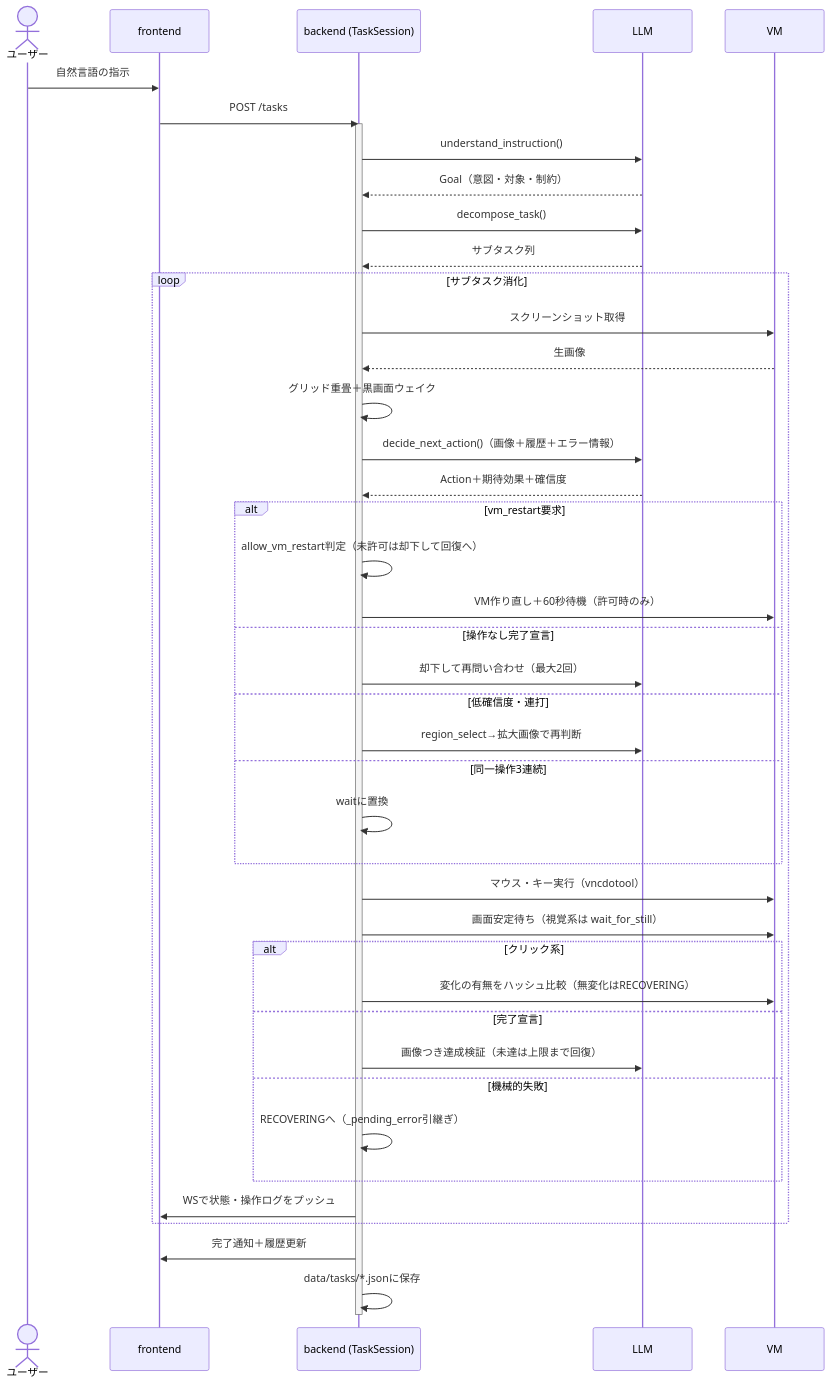
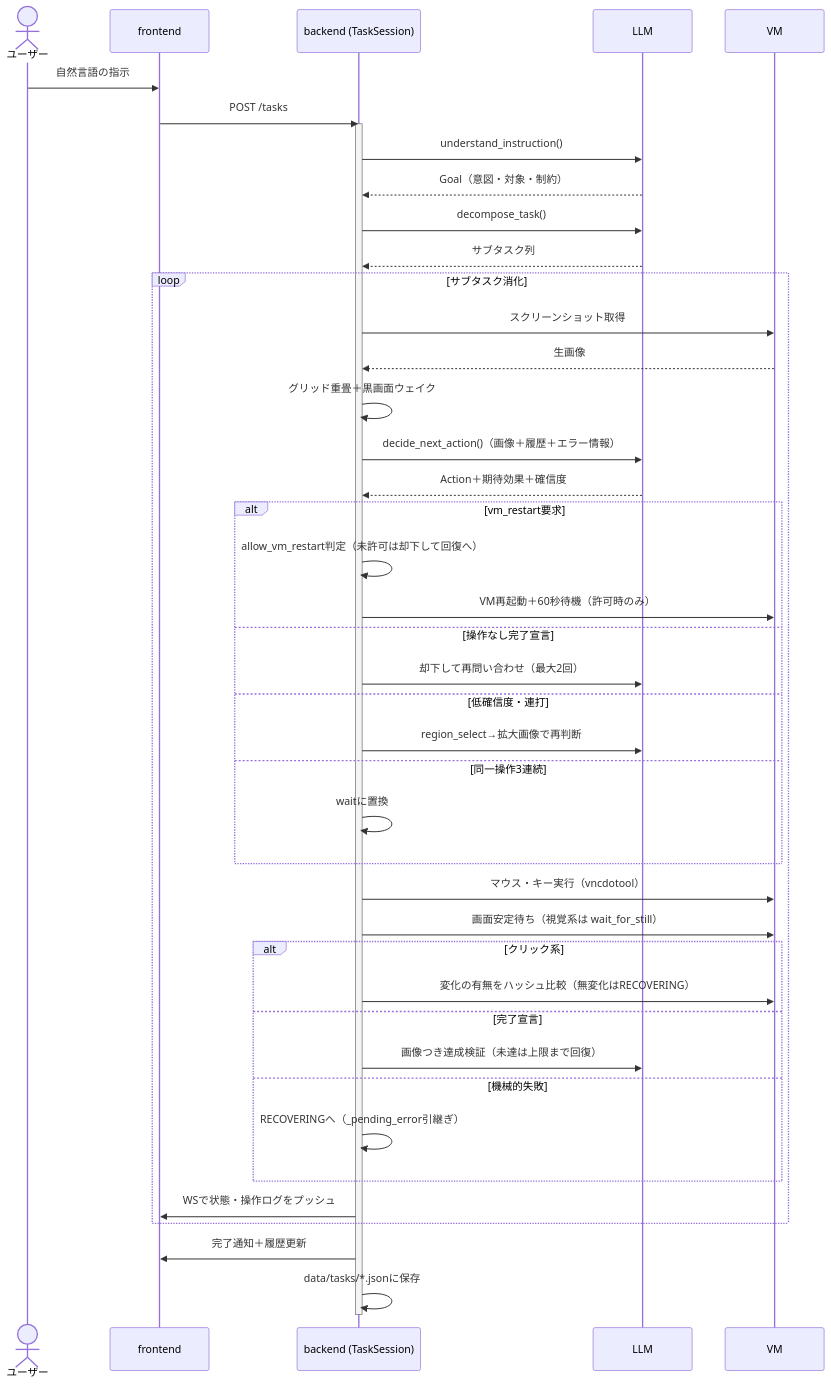
One commit to Milix-M/ai-desktop-agent changed the third of 4 diagrams in docs/architecture.md. Above: the diagram before and after it, drawn with Mermaid. The commit also changed other lines of this file and 4 other files, not shown here.

````diff
--- a/docs/architecture.md
+++ b/docs/architecture.md
@@ -184,45 +186,45 @@
 ```mermaid
 sequenceDiagram
     actor U as ユーザー
     participant FE as frontend
     participant BE as backend (TaskSession)
     participant LLM as LLM
     participant VM as VM
     U->>FE: 自然言語の指示
     FE->>BE: POST /tasks
     activate BE
     BE->>LLM: understand_instruction()
     LLM-->>BE: Goal（意図・対象・制約）
     BE->>LLM: decompose_task()
     LLM-->>BE: サブタスク列
     loop サブタスク消化
         BE->>VM: スクリーンショット取得
         VM-->>BE: 生画像
         BE->>BE: グリッド重畳＋黒画面ウェイク
         BE->>LLM: decide_next_action()（画像＋履歴＋エラー情報）
         LLM-->>BE: Action＋期待効果＋確信度
         alt vm_restart要求
             BE->>BE: allow_vm_restart判定（未許可は却下して回復へ）
-            BE->>VM: VM作り直し＋60秒待機（許可時のみ）
+            BE->>VM: VM再起動＋60秒待機（許可時のみ）
         else 操作なし完了宣言
             BE->>LLM: 却下して再問い合わせ（最大2回）
         else 低確信度・連打
             BE->>LLM: region_select→拡大画像で再判断
         else 同一操作3連続
             BE->>BE: waitに置換
         end
         BE->>VM: マウス・キー実行（vncdotool）
         BE->>VM: 画面安定待ち（視覚系は wait_for_still）
         alt クリック系
             BE->>VM: 変化の有無をハッシュ比較（無変化はRECOVERING）
         else 完了宣言
             BE->>LLM: 画像つき達成検証（未達は上限まで回復）
         else 機械的失敗
             BE->>BE: RECOVERINGへ（_pending_error引継ぎ）
         end
         BE->>FE: WSで状態・操作ログをプッシュ
     end
     BE->>FE: 完了通知＋履歴更新
     BE->>BE: data/tasks/*.jsonに保存
     deactivate BE
 ```
````
